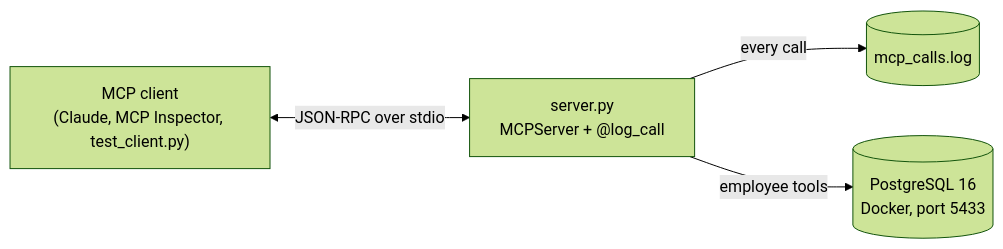
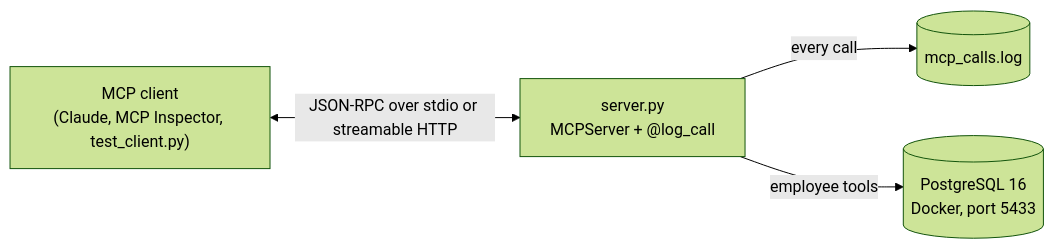
One commit to sluganesh/mcp-coreconcepts changed the diagram in README.md. Above: the diagram before and after it, drawn with Mermaid (forest theme). The commit also changed other lines of this file and 4 other files, not shown here.

First line of the commit message:
Add streamable HTTP transport alongside stdio

````diff
--- a/README.md
+++ b/README.md
@@ -28,11 +29,11 @@
 ```mermaid
 flowchart LR
     Client["MCP client<br/>(Claude, MCP Inspector, test_client.py)"]
     Server["server.py<br/>MCPServer + @log_call"]
     Log[("mcp_calls.log")]
     DB[("PostgreSQL 16<br/>Docker, port 5433")]
 
-    Client <-- "JSON-RPC over stdio" --> Server
+    Client <-- "JSON-RPC over stdio or streamable HTTP" --> Server
     Server -- "every call" --> Log
     Server -- "employee tools" --> DB
 ```
````
